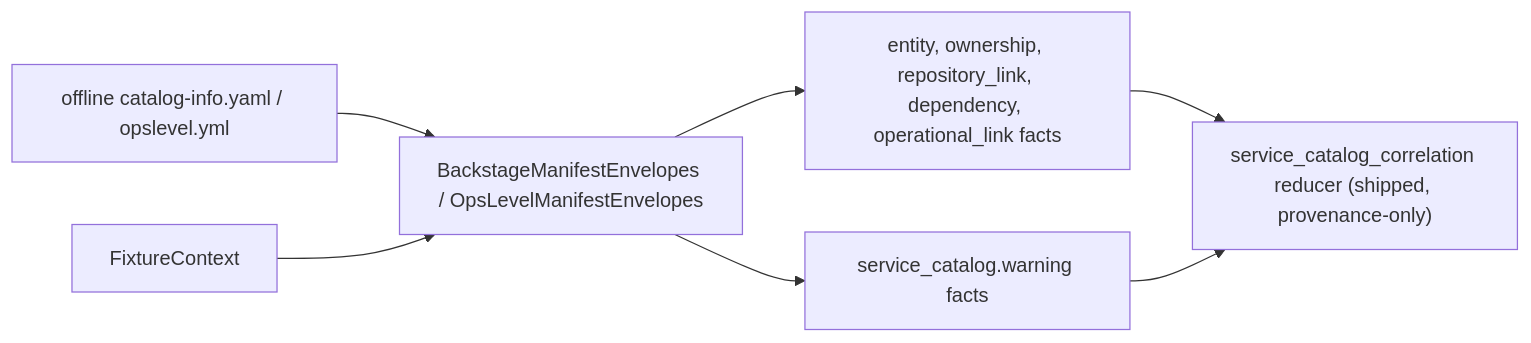
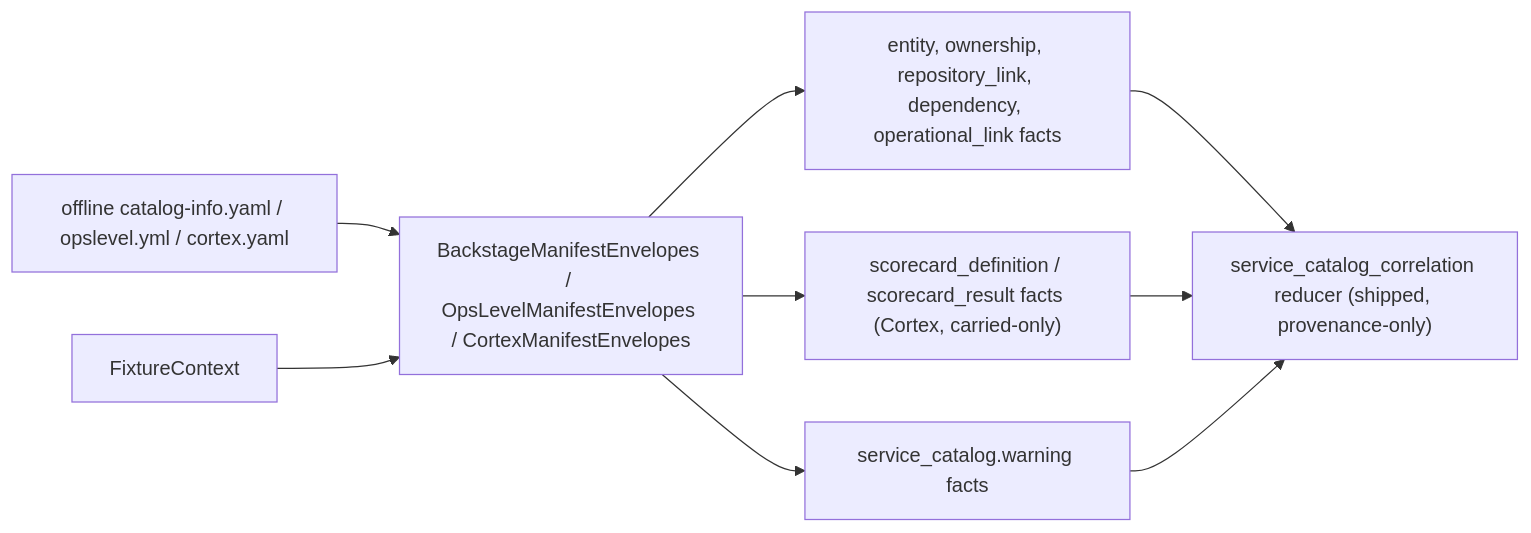
The diagram in go/internal/collector/servicecatalog/README.md (eshu-hq/eshu), drawn with Mermaid before and after one commit. The commit also changed other lines of this file and 12 other files, not shown here.

First line of the commit message:
feat: Service catalog Cortex producer — PR3 (toward #563) (#1100)

````diff
--- a/go/internal/collector/servicecatalog/README.md
+++ b/go/internal/collector/servicecatalog/README.md
@@ -24,16 +24,19 @@
 ```mermaid
 flowchart LR
-    Manifest["offline catalog-info.yaml / opslevel.yml"]
+    Manifest["offline catalog-info.yaml / opslevel.yml / cortex.yaml"]
     Context["FixtureContext"]
-    Normalize["BackstageManifestEnvelopes / OpsLevelManifestEnvelopes"]
+    Normalize["BackstageManifestEnvelopes / OpsLevelManifestEnvelopes / CortexManifestEnvelopes"]
     Facts["entity, ownership, repository_link, dependency, operational_link facts"]
+    Scorecards["scorecard_definition / scorecard_result facts (Cortex, carried-only)"]
     Warnings["service_catalog.warning facts"]
     Reducer["service_catalog_correlation reducer (shipped, provenance-only)"]
 
     Manifest --> Normalize
     Context --> Normalize
     Normalize --> Facts
+    Normalize --> Scorecards
     Normalize --> Warnings
     Facts --> Reducer
+    Scorecards --> Reducer
     Warnings --> Reducer
 ```
````
